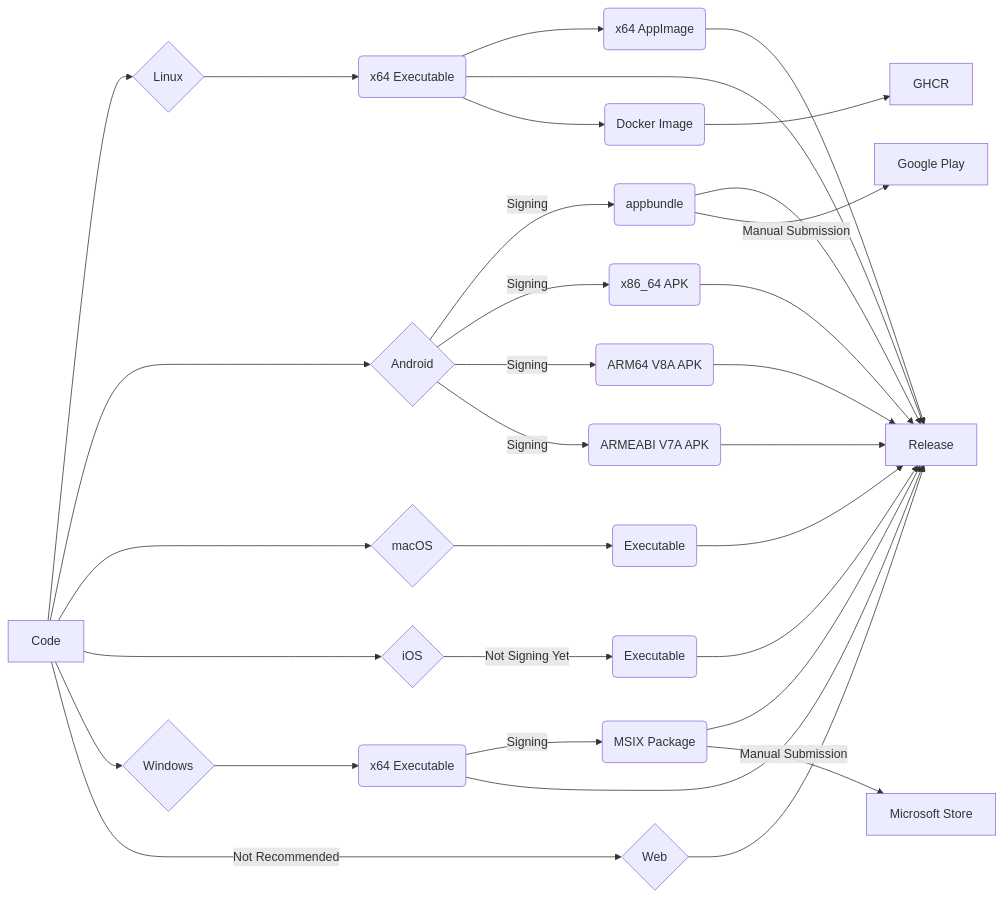
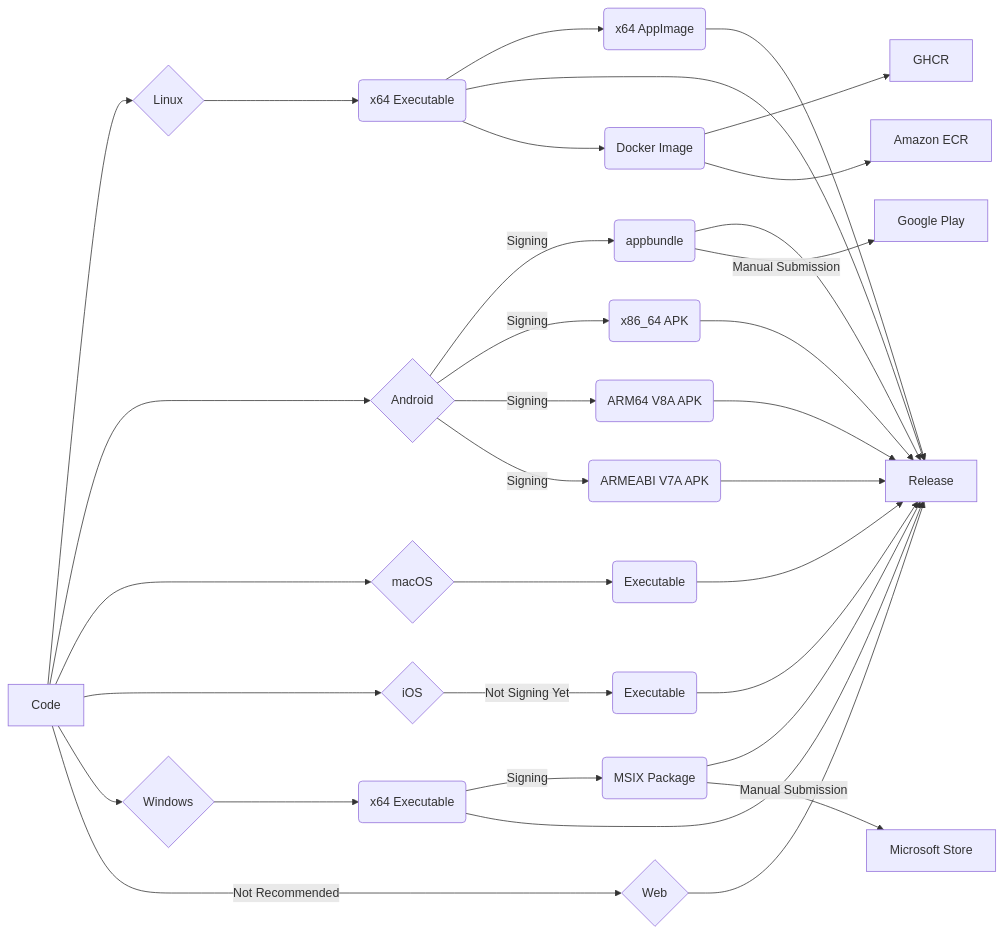
Before and after one commit to bitscoper/bitscoper_cyberkit: the diagram in README.md, drawn with Mermaid. The commit also changed other lines of this file and 1 other file, not shown here.

Commit message:
Trying to Push to Amazon ECR

````diff
--- a/README.md
+++ b/README.md
@@ -27,43 +27,44 @@
 ```mermaid
 flowchart LR
 
 Code[Code] --> Linux{Linux}
 Linux --> Linux_x64_Executable(x64 Executable)
 Linux_x64_Executable --> Linux_x64_AppImage(x64 AppImage)
 
 Code --> Android{Android}
 Android --> |Signing| Android_appbundle(appbundle)
 Android --> |Signing| Android_x86_64_APK(x86_64 APK)
 Android --> |Signing| Android_ARM64_V8A_APK(ARM64 V8A APK)
 Android --> |Signing| Android_ARMEABI_V7A_APK(ARMEABI V7A APK)
 
 Code --> macOS{macOS}
 macOS --> macOS_Executable(Executable)
 
 Code --> iOS{iOS}
 iOS --> |Not Signing Yet| iOS_Executable(Executable)
 
 Code --> Windows{Windows}
 Windows --> Windows_x64_Executable(x64 Executable)
 Windows_x64_Executable --> |Signing| Windows_x64_MSIX_Package(MSIX Package)
 
 Code --> |Not Recommended| Web{Web}
 
 Linux_x64_Executable --> Release[Release]
 Linux_x64_AppImage --> Release[Release]
 Android_appbundle --> Release[Release]
 Android_x86_64_APK --> Release[Release]
 Android_ARM64_V8A_APK --> Release[Release]
 Android_ARMEABI_V7A_APK --> Release[Release]
 macOS_Executable --> Release[Release]
 iOS_Executable --> Release[Release]
 Windows_x64_Executable --> Release[Release]
 Windows_x64_MSIX_Package --> Release[Release]
 Web --> Release[Release]
 
 Linux_x64_Executable --> Docker_Image(Docker Image)
 Docker_Image --> GHCR[GHCR]
+Docker_Image --> Amazon_ECR[Amazon ECR]
 
 Android_appbundle --> |Manual Submission| Google_Play[Google Play]
 Windows_x64_MSIX_Package --> |Manual Submission| Microsoft_Store[Microsoft Store]
 ```
````
